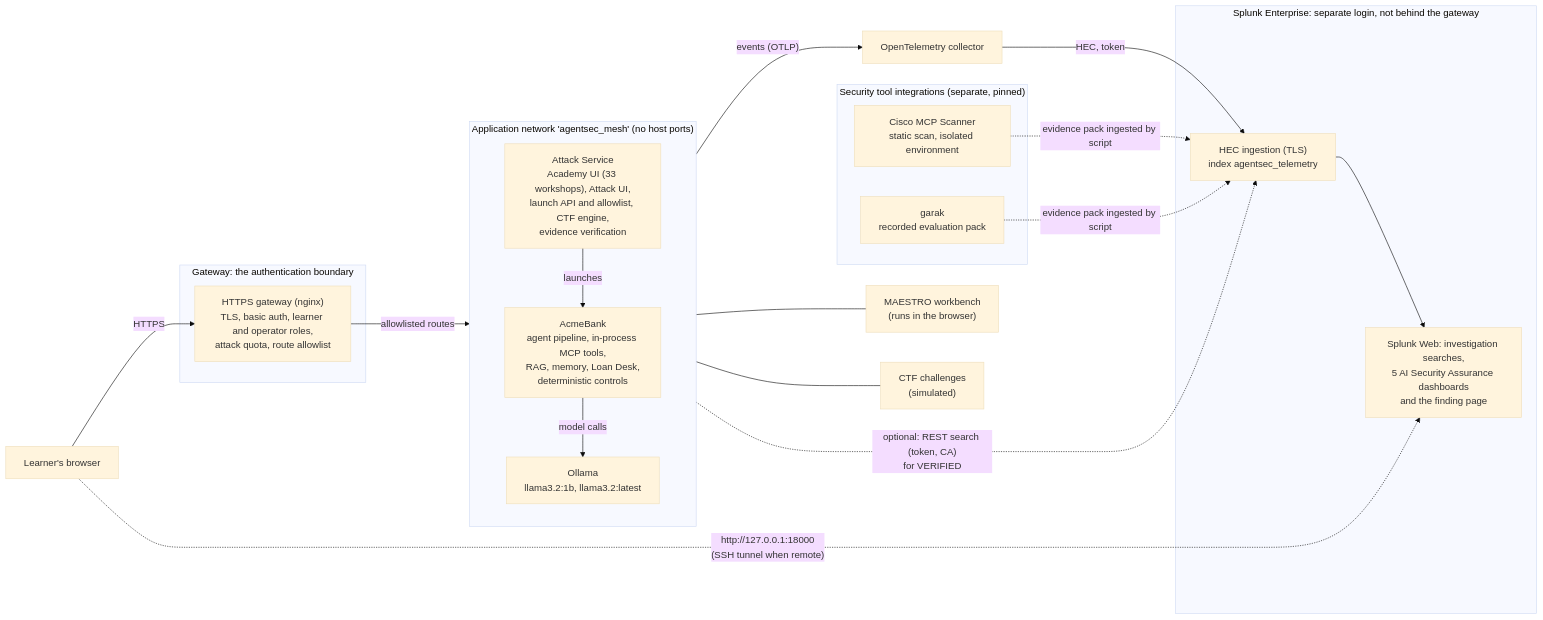
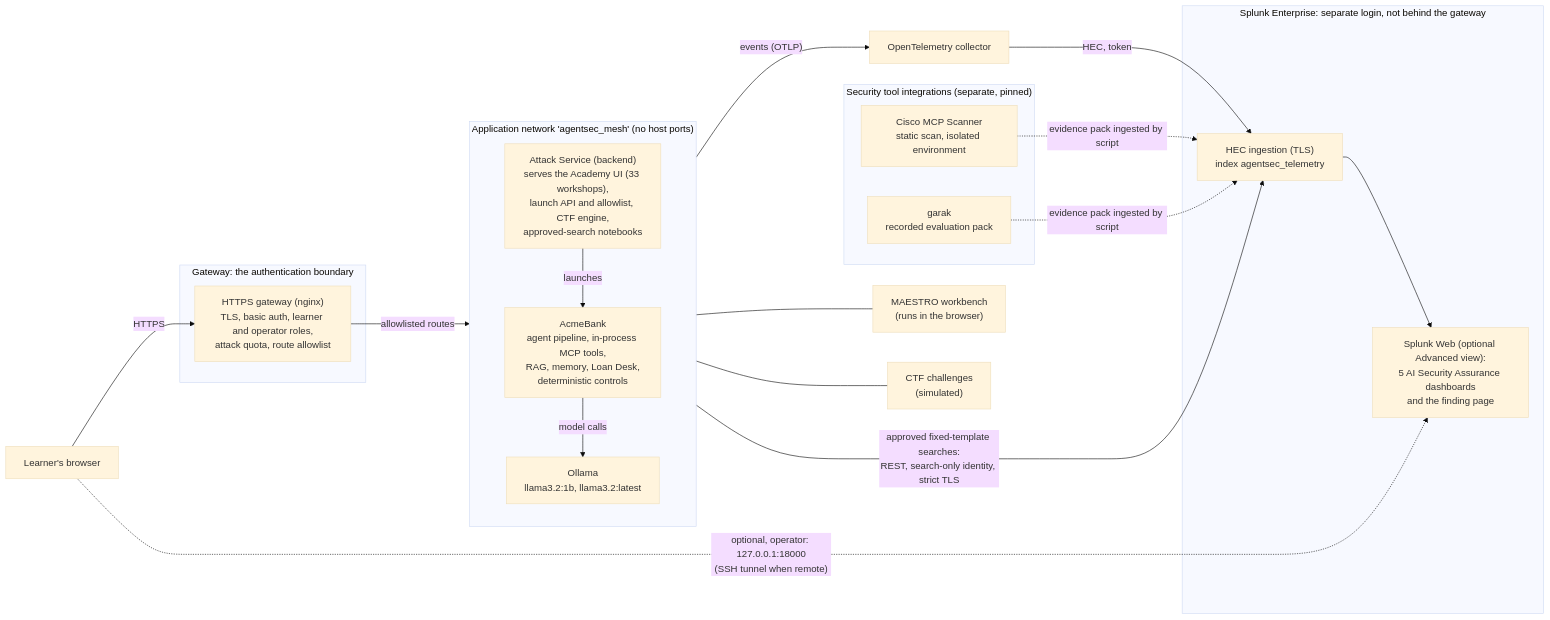
Before and after one commit to machowdhury/AgentSecLab: the diagram in README.md, drawn with Mermaid (base theme). The commit also changed other lines of this file and 113 other files, not shown here.

````diff
--- a/README.md
+++ b/README.md
@@ -125,37 +126,37 @@
 ```mermaid
 flowchart LR
   B["Learner's browser"]
   subgraph GWB["Gateway: the authentication boundary"]
     GW["HTTPS gateway (nginx)<br/>TLS, basic auth, learner and operator roles,<br/>attack quota, route allowlist"]
   end
   subgraph APP["Application network 'agentsec_mesh' (no host ports)"]
     direction TB
-    AS["Attack Service<br/>Academy UI (33 workshops), Attack UI,<br/>launch API and allowlist, CTF engine,<br/>evidence verification"]
+    AS["Attack Service (backend)<br/>serves the Academy UI (33 workshops),<br/>launch API and allowlist, CTF engine,<br/>approved-search notebooks"]
     AB["AcmeBank<br/>agent pipeline, in-process MCP tools,<br/>RAG, memory, Loan Desk,<br/>deterministic controls"]
     OL["Ollama<br/>llama3.2:1b, llama3.2:latest"]
   end
   subgraph TOOLS["Security tool integrations (separate, pinned)"]
     MS["Cisco MCP Scanner<br/>static scan, isolated environment"]
     GK["garak<br/>recorded evaluation pack"]
   end
   OT["OpenTelemetry collector"]
   subgraph SPL["Splunk Enterprise: separate login, not behind the gateway"]
     HEC["HEC ingestion (TLS)<br/>index agentsec_telemetry"]
-    SW["Splunk Web: investigation searches,<br/>5 AI Security Assurance dashboards<br/>and the finding page"]
+    SW["Splunk Web (optional Advanced view):<br/>5 AI Security Assurance dashboards<br/>and the finding page"]
   end
   MAE["MAESTRO workbench<br/>(runs in the browser)"]
   CTF["CTF challenges<br/>(simulated)"]
   B -->|"HTTPS"| GW
   GW -->|"allowlisted routes"| AS
   AS --- MAE
   AS --- CTF
   AS -->|"launches"| AB
   AB -->|"model calls"| OL
   AB -->|"events (OTLP)"| OT
   OT -->|"HEC, token"| HEC
   MS -.->|"evidence pack ingested by script"| HEC
   GK -.->|"evidence pack ingested by script"| HEC
   HEC --> SW
-  AS -.->|"optional: REST search (token, CA)<br/>for VERIFIED"| HEC
-  B -.->|"http://127.0.0.1:18000<br/>(SSH tunnel when remote)"| SW
+  AS -->|"approved fixed-template searches:<br/>REST, search-only identity, strict TLS"| HEC
+  B -.->|"optional, operator: 127.0.0.1:18000<br/>(SSH tunnel when remote)"| SW
 ```
````
